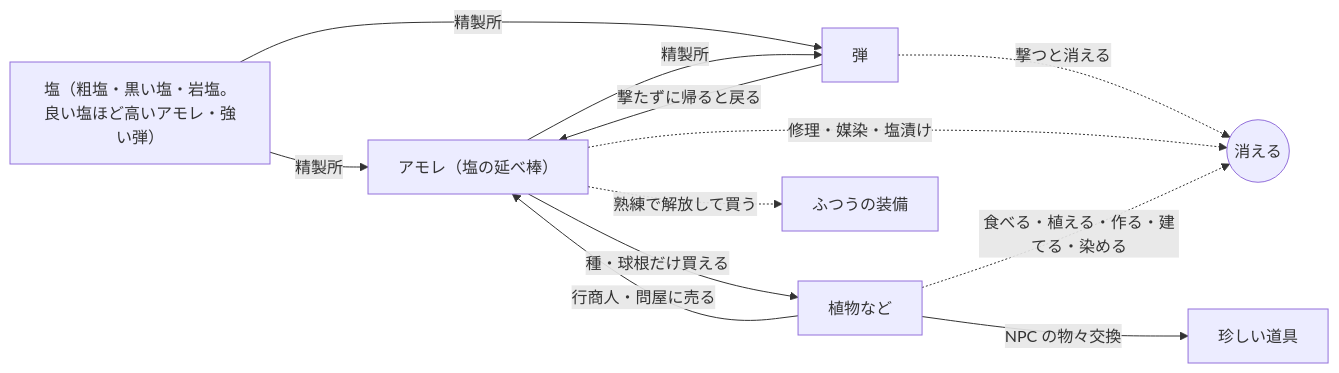
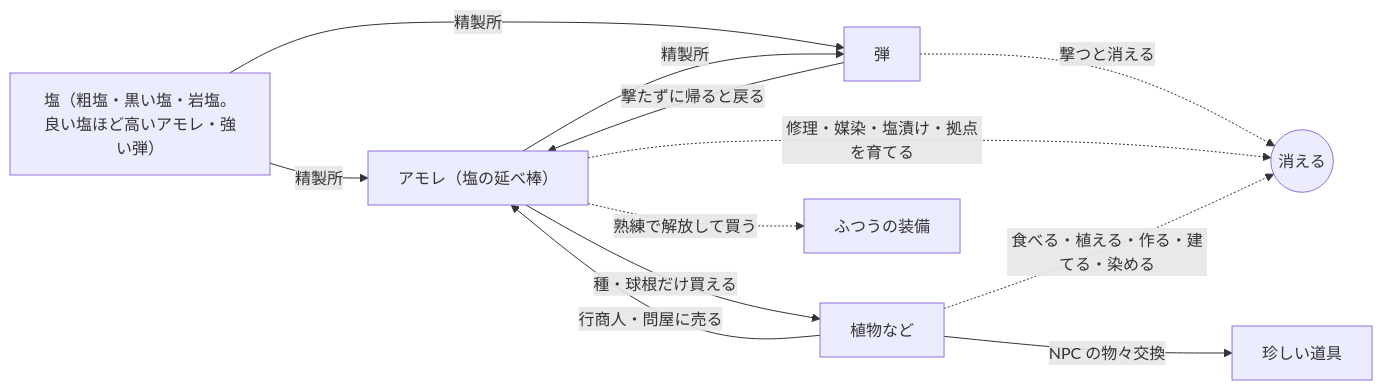
Before and after one commit to Waku68/slug_extraction: the diagram in docs/spec.md, drawn with Mermaid. The commit also changed other lines of this file, not shown here.

````diff
--- a/docs/spec.md
+++ b/docs/spec.md
@@ -164,14 +327,14 @@
 ```mermaid
 flowchart LR
     S["塩（粗塩・黒い塩・岩塩。良い塩ほど高いアモレ・強い弾）"] -- 精製所 --> A["アモレ（塩の延べ棒）"]
     S -- 精製所 --> B["弾"]
     A -- 精製所 --> B
     B -- 撃たずに帰ると戻る --> A
     P["植物など"] -- 行商人・問屋に売る --> A
     A -- 種・球根だけ買える --> P
     P -- NPC の物々交換 --> T["珍しい道具"]
     A -. 熟練で解放して買う .-> G["ふつうの装備"]
     B -. 撃つと消える .-> X(("消える"))
-    A -. 修理・媒染・塩漬け .-> X
+    A -. 修理・媒染・塩漬け・拠点を育てる .-> X
     P -. 食べる・植える・作る・建てる・染める .-> X
 ```
````
